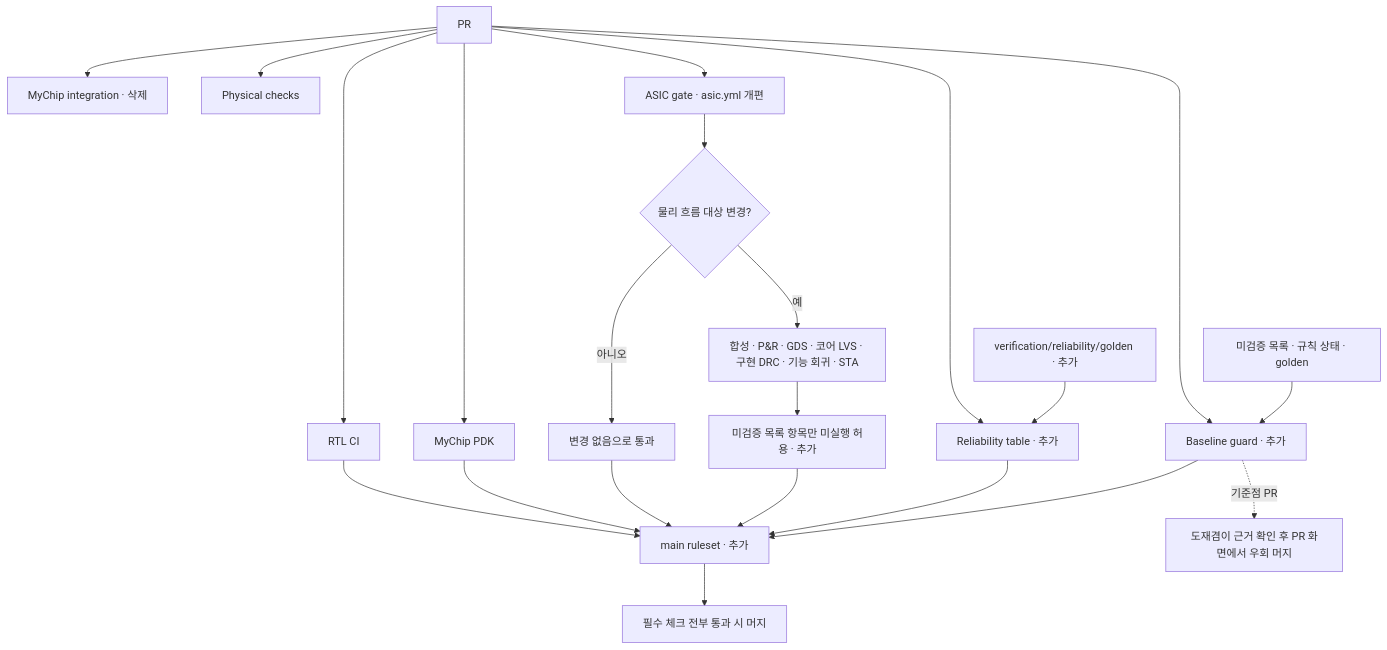
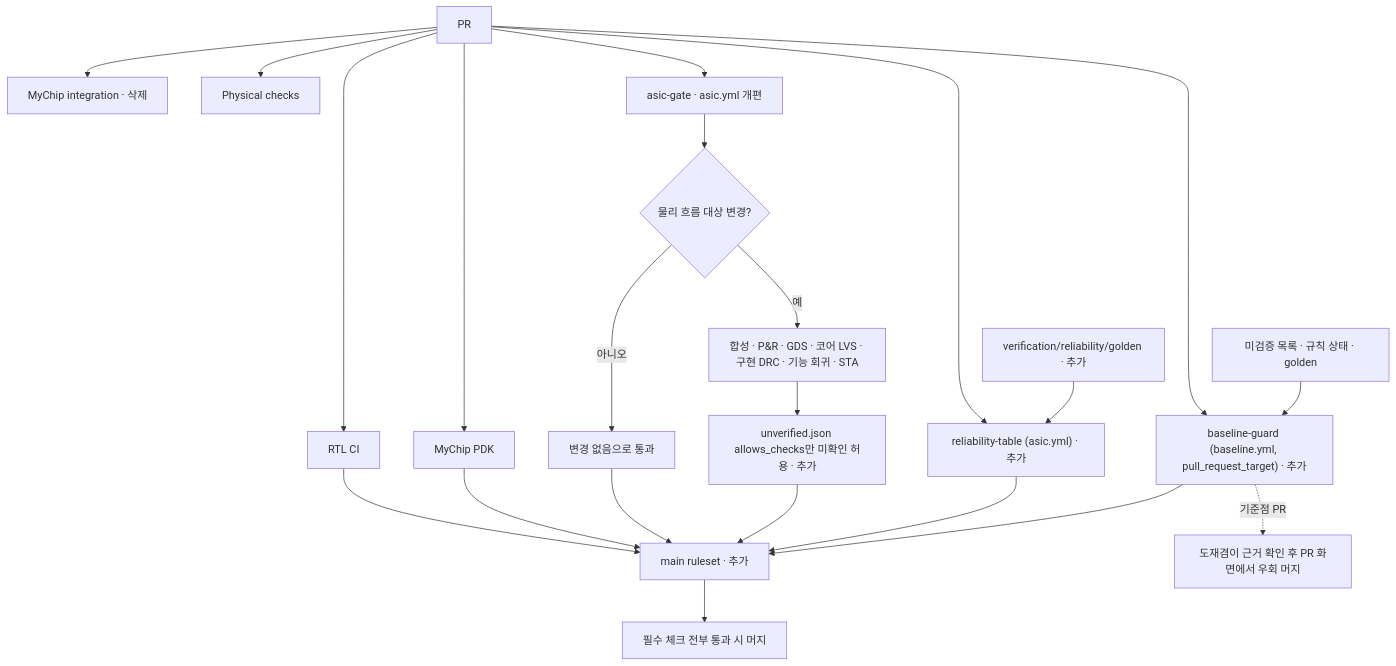
The third of 3 diagrams in docs/specs/0019-merge-gate.md (SNU-SSC-Lab/circuit-team-05), drawn with Mermaid before and after one commit. The commit also changed other lines of this file and 31 other files, not shown here.

Commit message:
ci: turn ASIC flow into merge gate with reliability and baseline checks

````diff
--- a/docs/specs/0019-merge-gate.md
+++ b/docs/specs/0019-merge-gate.md
@@ -163,24 +205,24 @@
 ```mermaid
 flowchart TD
     PR["PR"] --> RTL["RTL CI"]
     PR --> PDK["MyChip PDK"]
     PR --> INT["MyChip integration · 삭제"]
     PR --> PHY["Physical checks"]
-    PR --> ASIC["ASIC gate · asic.yml 개편"]
+    PR --> ASIC["asic-gate · asic.yml 개편"]
     ASIC --> PATHS{"물리 흐름 대상 변경?"}
     PATHS -- 아니오 --> SKIP["변경 없음으로 통과"]
     PATHS -- 예 --> FLOW["합성 · P&R · GDS · 코어 LVS · 구현 DRC · 기능 회귀 · STA"]
-    FLOW --> UNV["미검증 목록 항목만 미실행 허용 · 추가"]
-    PR --> REL["Reliability table · 추가"]
+    FLOW --> UNV["unverified.json allows_checks만 미확인 허용 · 추가"]
+    PR --> REL["reliability-table (asic.yml) · 추가"]
     GOLD["verification/reliability/golden · 추가"] --> REL
-    PR --> GUARD["Baseline guard · 추가"]
+    PR --> GUARD["baseline-guard (baseline.yml, pull_request_target) · 추가"]
     BASE["미검증 목록 · 규칙 상태 · golden"] --> GUARD
     RTL --> RULES["main ruleset · 추가"]
     PDK --> RULES
     SKIP --> RULES
     UNV --> RULES
     REL --> RULES
     GUARD --> RULES
     RULES --> MERGE["필수 체크 전부 통과 시 머지"]
     GUARD -. 기준점 PR .-> BYPASS["도재겸이 근거 확인 후 PR 화면에서 우회 머지"]
 ```
````
